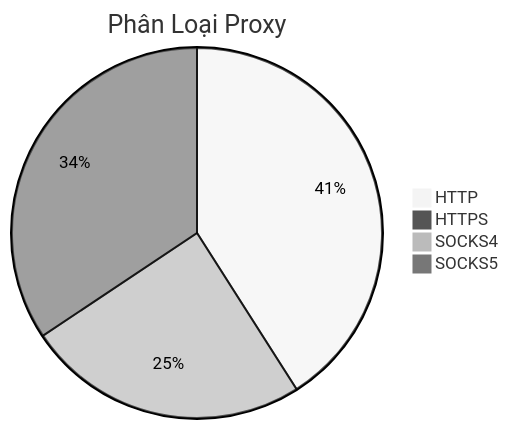
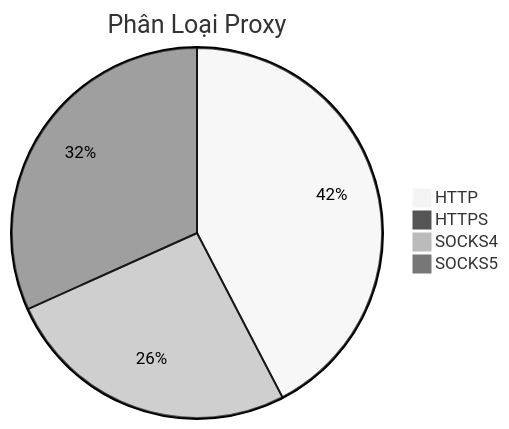
Before and after one commit to Ciara-12/PROXY-free: the diagram in README.md, drawn with Mermaid (neutral theme). The commit also changed other lines of this file and 4 other files, not shown here.

````diff
--- a/README.md
+++ b/README.md
@@ -26,7 +26,7 @@
 ```mermaid
 pie title Phân Loại Proxy
-    "HTTP" : 440
-    "HTTPS" : 0
-    "SOCKS4" : 265
-    "SOCKS5" : 369
+    "HTTP" : 458
+    "HTTPS" : 1
+    "SOCKS4" : 280
+    "SOCKS5" : 343
 ```
````
